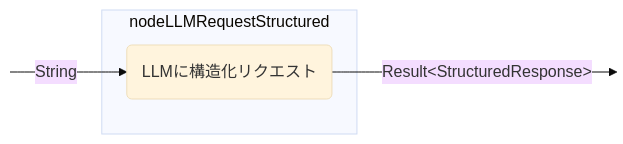
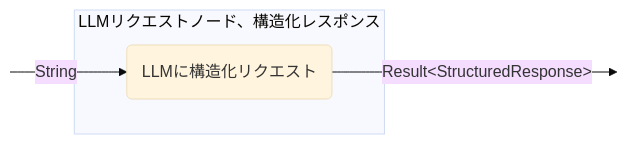
One commit to BinaryTape/Open-Docs changed the seventh of 15 diagrams in docs/ja/koog/nodes-and-components.md. Above: the diagram before and after it, drawn with Mermaid (base theme). The commit also changed other lines of this file and 164 other files, not shown here.

````diff
--- a/docs/ja/koog/nodes-and-components.md
+++ b/docs/ja/koog/nodes-and-components.md
@@ -364,13 +364,13 @@
 ```mermaid
 graph LR
     in:::hidden
     out:::hidden
     
-    subgraph node ["nodeLLMRequestStructured"]
+    subgraph node ["LLMリクエストノード、構造化レスポンス"]
         execute(LLMに構造化リクエスト)
     end
     
     in --String--> execute -- "Result&lt;StructuredResponse&gt;" --> out
 
     classDef hidden display: none;
 ```
````
